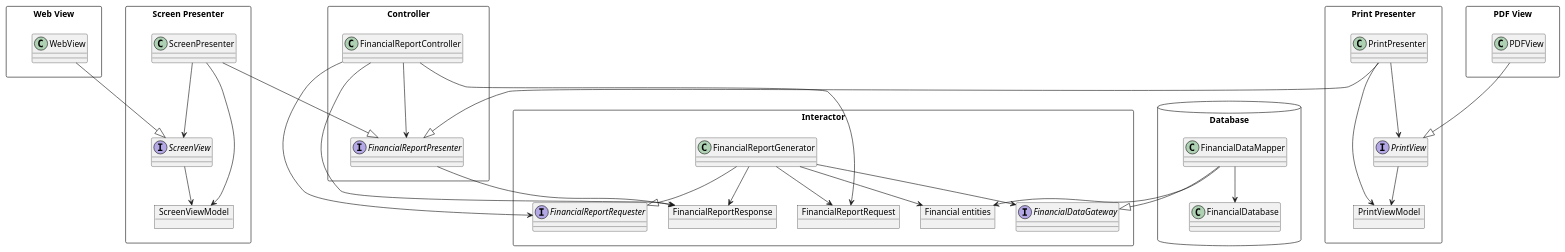
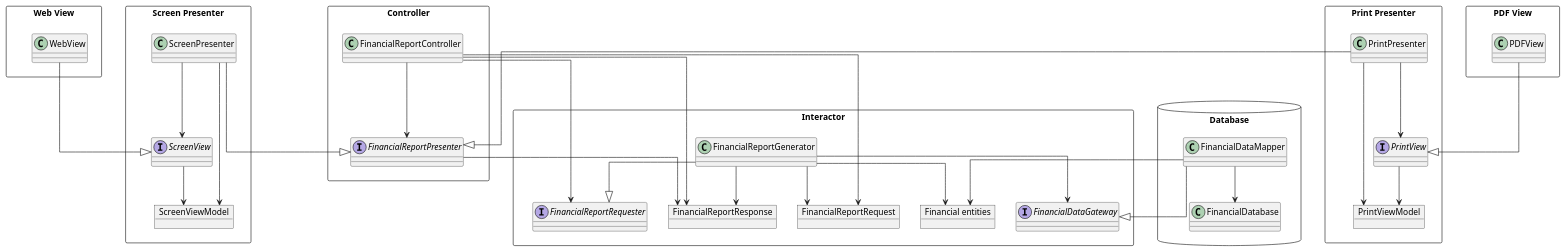
One commit to huland/logseq-notes changed the third of 3 diagrams in pages/Robert C. Martin - Clean Architecture A Craftsman's Guide to Software Structure and Design.md. Above: the diagram before and after it, drawn with PlantUML. The commit also changed other lines of this file, not shown here.

Commit message:
Auto saved by Logseq

```diff
--- a/pages/Robert C. Martin - Clean Architecture A Craftsman's Guide to Software Structure and Design.md
+++ b/pages/Robert C. Martin - Clean Architecture A Craftsman's Guide to Software Structure and Design.md
@@ -203,66 +202,67 @@
 				  @startuml
+				  skinparam linetype ortho
 				  
 				  package Interactor <<Rectangle>> {
 				    object FinancialReportRequest
 				    interface FinancialReportRequester
 				    object FinancialReportResponse
 				    class FinancialReportGenerator
 				    interface FinancialDataGateway
 				    object "Financial entities" as FinancialEntities
 				  }
 				  package Controller <<Rectangle>> {
 				    class FinancialReportController 
 				    interface FinancialReportPresenter
 				  }
 				  package Database <<Database>> {
 				    class FinancialDataMapper 
 				    class FinancialDatabase
 				  }
 				  package "Screen Presenter" as ScreenPres <<Rectangle>> {
 				    class ScreenPresenter
 				    object ScreenViewModel
 				    interface ScreenView
 				  }
 				  package "Print Presenter" as PrintPres <<Rectangle>> {
 				    class PrintPresenter
 				    object PrintViewModel
 				    interface PrintView
 				  } 
 				  package "PDF View" as PDFV <<Rectangle>> {
 				    class PDFView
 				  } 
 				  package "Web View" as WebV <<Rectangle>> {
 				    class WebView
 				  } 
 				  
 				  FinancialReportGenerator --> FinancialReportRequest
 				  FinancialReportGenerator --> FinancialEntities
 				  FinancialReportGenerator --> FinancialReportResponse
 				  FinancialReportGenerator --> FinancialDataGateway
 				  FinancialReportGenerator --|> FinancialReportRequester
 				  FinancialDataMapper --> FinancialDatabase
 				  FinancialDataMapper --> FinancialEntities
 				  FinancialDataMapper --|> FinancialDataGateway
 				  FinancialReportController --> FinancialReportPresenter
 				  FinancialReportPresenter --> FinancialReportResponse
 				  FinancialReportController --> FinancialReportRequest
 				  FinancialReportController --> FinancialReportRequester
 				  FinancialReportController --> FinancialReportResponse
 				  ScreenPresenter --> ScreenView
 				  ScreenView --> ScreenViewModel
 				  ScreenPresenter --> ScreenViewModel
 				  ScreenPresenter --|> FinancialReportPresenter
 				  PrintPresenter --> PrintView
 				  PrintView --> PrintViewModel
 				  PrintPresenter --> PrintViewModel
 				  PrintPresenter --|> FinancialReportPresenter
 				  WebView --|> ScreenView
 				  PDFView --|> PrintView
 				  
 				  WebV -[hidden]> ScreenPres
 				  PDFV -[hidden]> PrintPres
 				  PrintPres -[hidden]> Controller
 				  ScreenPres -[hidden]> Controller
 				  Controller -[hidden]> Interactor
 				  Interactor -[hidden]> Database
 				  @enduml
```
